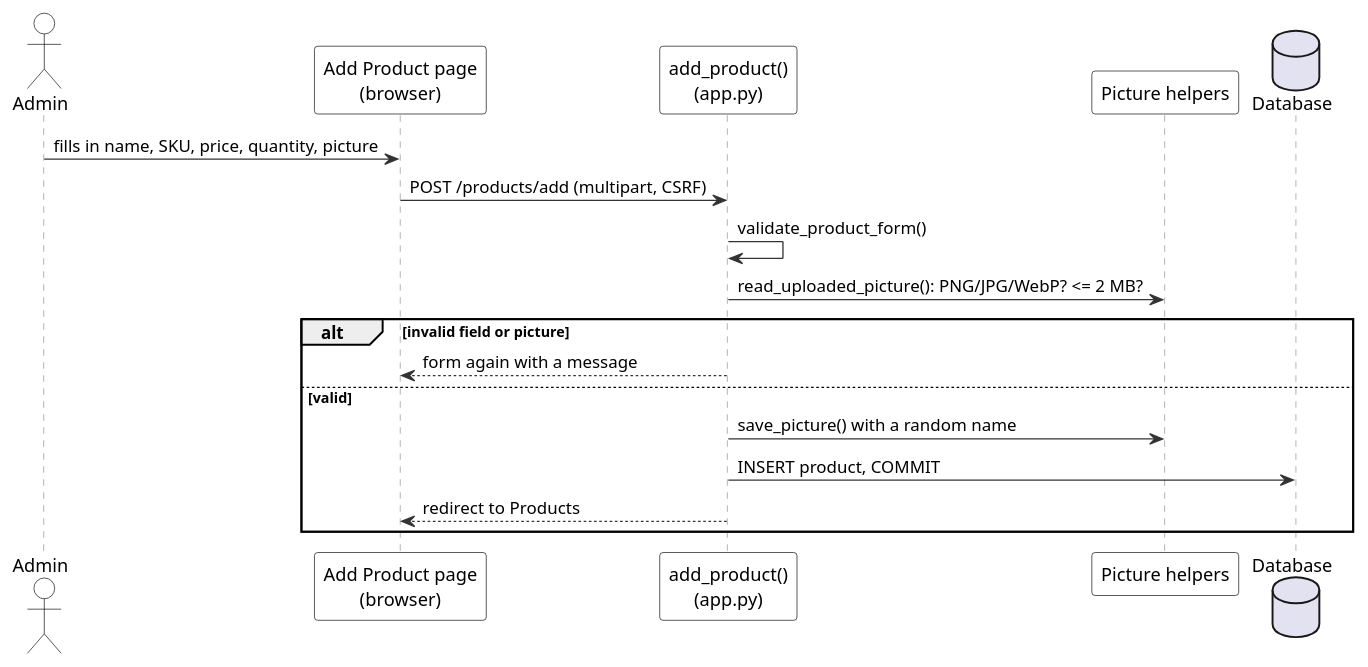
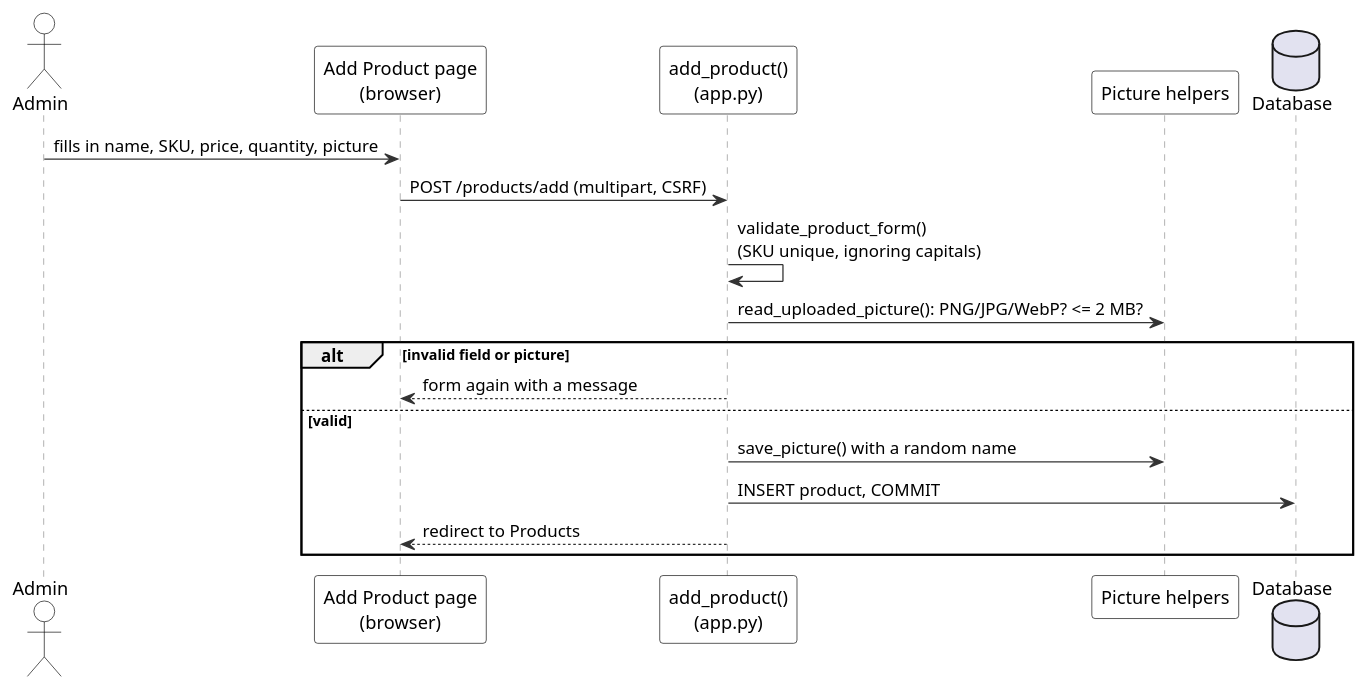
Before and after one commit to JmlAsync/inventory-pos-system: the diagram in diagrams/uml/17_seq_add_product.puml, drawn with PlantUML. The commit also changed 79 other files, not shown here.

First line of the commit message:
Docs: diagrams redrawn for v0.20.4

```diff
--- a/diagrams/uml/17_seq_add_product.puml
+++ b/diagrams/uml/17_seq_add_product.puml
@@ -1,58 +1,58 @@
 @startuml
-' Sequence: add a product with a picture - Inventory & POS System v0.18.2 (report, Lecture 5)
+' Sequence: add a product with a picture - Inventory & POS System v0.20.4 (report, Lecture 5; redrawn 2026-10-12)
 ' Edit: paste into draw.io (Arrange > Insert > Advanced > PlantUML) or planttext.com
 skinparam defaultFontName Arial
 skinparam shadowing false
 skinparam ArrowColor #333333
 skinparam rectangle {
   BackgroundColor White
   BorderColor Black
 }
 skinparam usecase {
   BackgroundColor White
   BorderColor Black
 }
 skinparam class {
   BackgroundColor White
   BorderColor Black
   HeaderBackgroundColor #E6F1EE
 }
 skinparam activity {
   BackgroundColor White
   BorderColor Black
 }
 skinparam state {
   BackgroundColor White
   BorderColor Black
 }
 skinparam sequence {
   ParticipantBackgroundColor White
   ParticipantBorderColor Black
   LifeLineBorderColor #888888
   ActorBorderColor Black
   ActorBackgroundColor White
 }
 skinparam note {
   BackgroundColor #FFFBEA
   BorderColor #C9B458
 }
 skinparam swimlaneWidth same
 hide circle
 
 actor Admin
 participant "Add Product page\n(browser)" as UI
 participant "add_product()\n(app.py)" as C
 participant "Picture helpers" as P
 database "Database" as DB
 Admin -> UI : fills in name, SKU, price, quantity, picture
 UI -> C : POST /products/add (multipart, CSRF)
-C -> C : validate_product_form()
+C -> C : validate_product_form()\n(SKU unique, ignoring capitals)
 C -> P : read_uploaded_picture(): PNG/JPG/WebP? <= 2 MB?
 alt invalid field or picture
   C --> UI : form again with a message
 else valid
   C -> P : save_picture() with a random name
   C -> DB : INSERT product, COMMIT
   C --> UI : redirect to Products
 end
 @enduml
```
